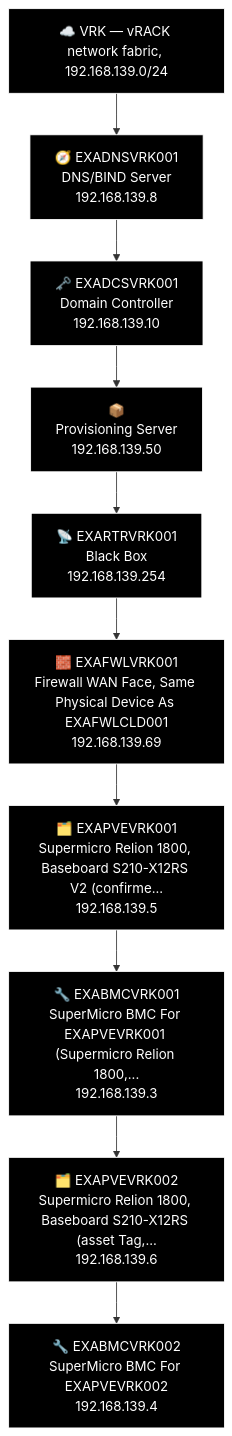
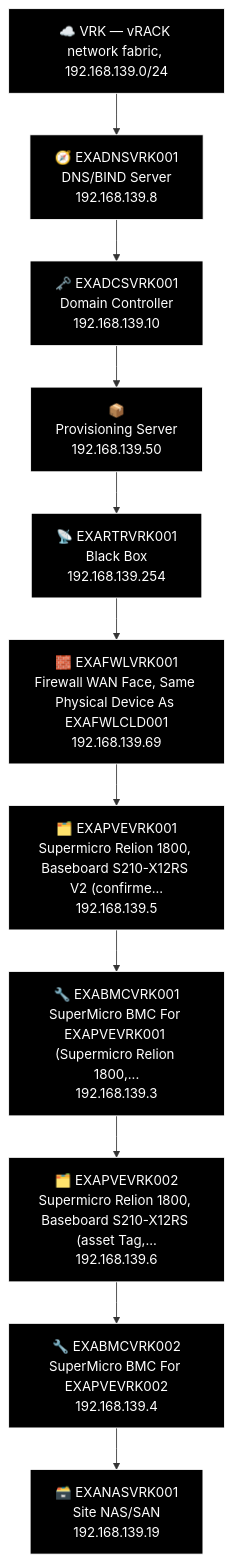
Before and after one commit to knightmare2600/example_music_infra: the diagram in docs/network-diagram/vrk.md, drawn with Mermaid. The commit also changed 3 other files, not shown here.

First line of the commit message:
Add EXANASVRK001 (TrueNAS) devices.csv row, regenerate inventory

````diff
--- a/docs/network-diagram/vrk.md
+++ b/docs/network-diagram/vrk.md
@@ -31,27 +31,29 @@
 ```mermaid
 %% GENERATED:TOPOLOGY:VRK:START
 %%{init: {'flowchart': {'curve': 'stepAfter'}}}%%
 graph TD
     T_VRK["☁️ VRK — vRACK network fabric, 192.168.139.0/24"]
     T_DNS["🧭 EXADNSVRK001<br/>DNS/BIND Server<br/>192.168.139.8"]
     T_DCS["🗝️ EXADCSVRK001<br/>Domain Controller<br/>192.168.139.10"]
     T_TMP["📦<br/>Provisioning Server<br/>192.168.139.50"]
     T_RTR["📡 EXARTRVRK001<br/>Black Box<br/>192.168.139.254"]
     T_FWL["🧱 EXAFWLVRK001<br/>Firewall WAN Face, Same Physical Device As EXAFWLCLD001<br/>192.168.139.69"]
     T_PVE["🗂️ EXAPVEVRK001<br/>Supermicro Relion 1800, Baseboard S210-X12RS V2 (confirme...<br/>192.168.139.5"]
     T_BMC["🔧 EXABMCVRK001<br/>SuperMicro BMC For EXAPVEVRK001 (Supermicro Relion 1800,...<br/>192.168.139.3"]
     T_PVE2["🗂️ EXAPVEVRK002<br/>Supermicro Relion 1800, Baseboard S210-X12RS (asset Tag,...<br/>192.168.139.6"]
     T_BMC2["🔧 EXABMCVRK002<br/>SuperMicro BMC For EXAPVEVRK002<br/>192.168.139.4"]
-    T_VRK --> T_DNS --> T_DCS --> T_TMP --> T_RTR --> T_FWL --> T_PVE --> T_BMC --> T_PVE2 --> T_BMC2
+    T_NAS["🗃️ EXANASVRK001<br/>Site NAS/SAN<br/>192.168.139.19"]
+    T_VRK --> T_DNS --> T_DCS --> T_TMP --> T_RTR --> T_FWL --> T_PVE --> T_BMC --> T_PVE2 --> T_BMC2 --> T_NAS
     style T_VRK fill:#000000,stroke:#FFFFFF,color:#FFFFFF
     style T_DNS fill:#000000,stroke:#FFFFFF,color:#FFFFFF
     style T_DCS fill:#000000,stroke:#FFFFFF,color:#FFFFFF
     style T_TMP fill:#000000,stroke:#FFFFFF,color:#FFFFFF
     style T_RTR fill:#000000,stroke:#FFFFFF,color:#FFFFFF
     style T_FWL fill:#000000,stroke:#FFFFFF,color:#FFFFFF
     style T_PVE fill:#000000,stroke:#FFFFFF,color:#FFFFFF
     style T_BMC fill:#000000,stroke:#FFFFFF,color:#FFFFFF
     style T_PVE2 fill:#000000,stroke:#FFFFFF,color:#FFFFFF
     style T_BMC2 fill:#000000,stroke:#FFFFFF,color:#FFFFFF
+    style T_NAS fill:#000000,stroke:#FFFFFF,color:#FFFFFF
 %% GENERATED:TOPOLOGY:VRK:END
 ```
````
